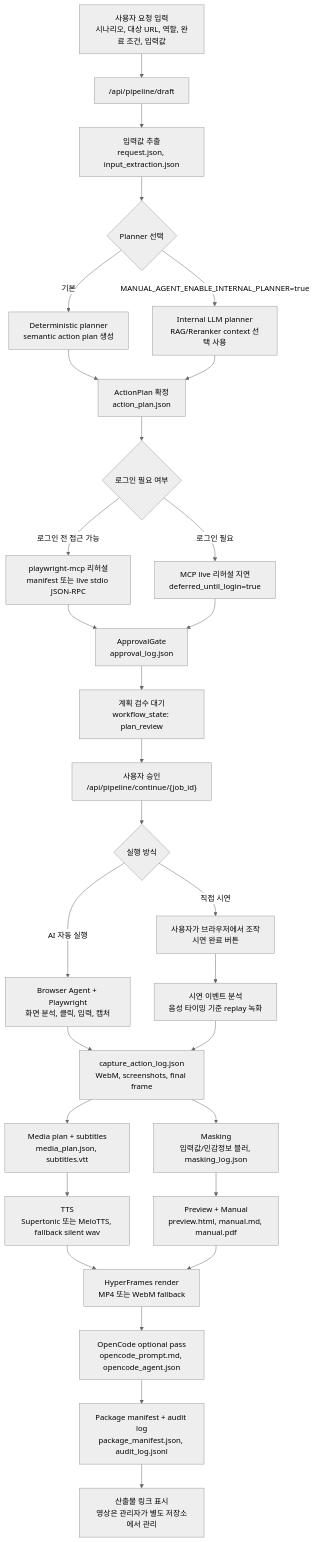
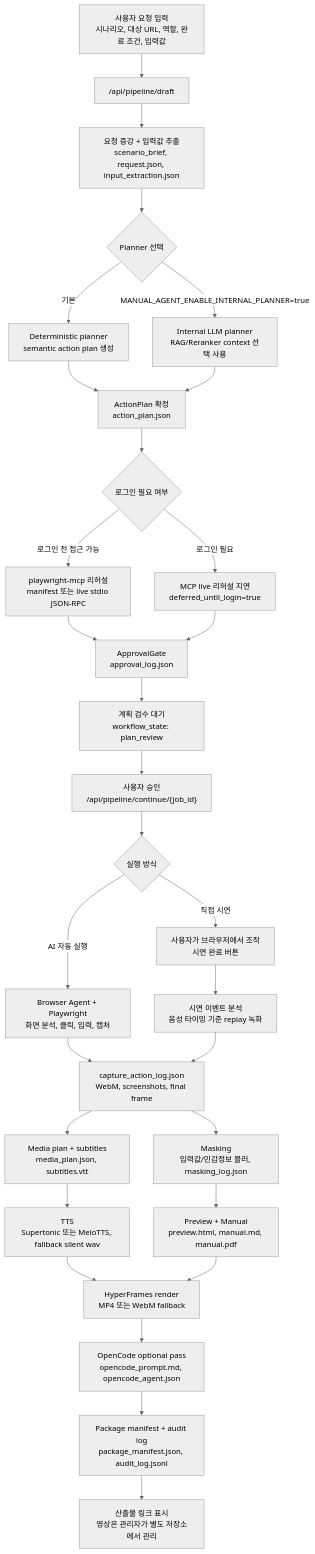
The first of 2 diagrams in README.md (flybywind2/manual_video_generator), drawn with Mermaid (neutral theme) before and after one commit. The commit also changed other lines of this file and 6 other files, not shown here.

````diff
--- a/README.md
+++ b/README.md
@@ -50,32 +50,32 @@
 ```mermaid
 flowchart TB
     A["사용자 요청 입력<br/>시나리오, 대상 URL, 역할, 완료 조건, 입력값"] --> B["/api/pipeline/draft"]
-    B --> C["입력값 추출<br/>request.json, input_extraction.json"]
+    B --> C["요청 증강 + 입력값 추출<br/>scenario_brief, request.json, input_extraction.json"]
     C --> D{"Planner 선택"}
     D -->|기본| E["Deterministic planner<br/>semantic action plan 생성"]
     D -->|MANUAL_AGENT_ENABLE_INTERNAL_PLANNER=true| F["Internal LLM planner<br/>RAG/Reranker context 선택 사용"]
     E --> G["ActionPlan 확정<br/>action_plan.json"]
     F --> G
     G --> H{"로그인 필요 여부"}
     H -->|로그인 전 접근 가능| I["playwright-mcp 리허설<br/>manifest 또는 live stdio JSON-RPC"]
     H -->|로그인 필요| J["MCP live 리허설 지연<br/>deferred_until_login=true"]
     I --> K["ApprovalGate<br/>approval_log.json"]
     J --> K
     K --> L["계획 검수 대기<br/>workflow_state: plan_review"]
     L --> M["사용자 승인<br/>/api/pipeline/continue/{job_id}"]
     M --> N{"실행 방식"}
     N -->|직접 시연| O["사용자가 브라우저에서 조작<br/>시연 완료 버튼"]
     N -->|AI 자동 실행| P["Browser Agent + Playwright<br/>화면 분석, 클릭, 입력, 캡처"]
     O --> Q["시연 이벤트 분석<br/>음성 타이밍 기준 replay 녹화"]
     P --> R["capture_action_log.json<br/>WebM, screenshots, final frame"]
     Q --> R
     R --> S["Masking<br/>입력값/민감정보 블러, masking_log.json"]
     R --> T["Media plan + subtitles<br/>media_plan.json, subtitles.vtt"]
     T --> U["TTS<br/>Supertonic 또는 MeloTTS, fallback silent wav"]
     S --> V["Preview + Manual<br/>preview.html, manual.md, manual.pdf"]
     U --> W["HyperFrames render<br/>MP4 또는 WebM fallback"]
     V --> W
     W --> X["OpenCode optional pass<br/>opencode_prompt.md, opencode_agent.json"]
     X --> Y["Package manifest + audit log<br/>package_manifest.json, audit_log.jsonl"]
     Y --> Z["산출물 링크 표시<br/>영상은 관리자가 별도 저장소에서 관리"]
 ```
````
